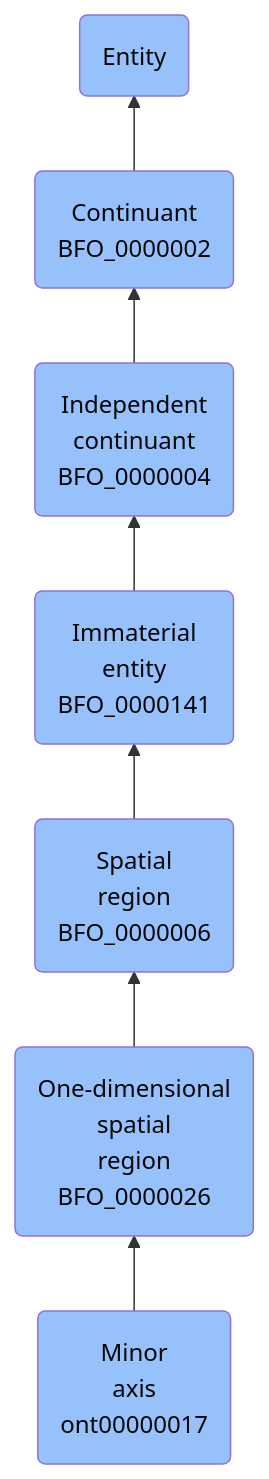
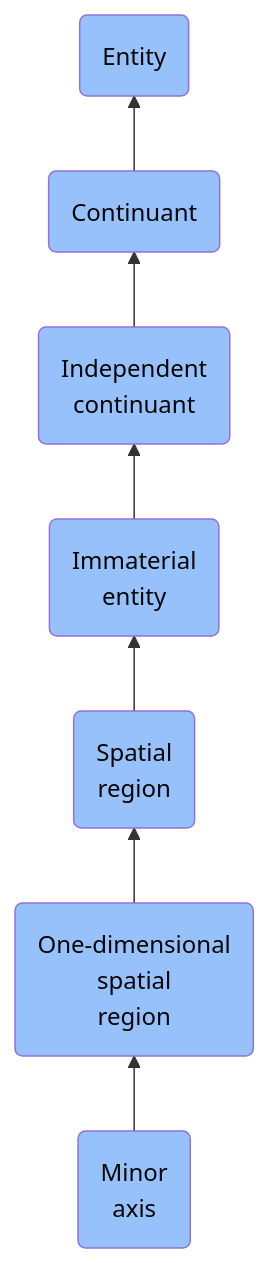
Before and after one commit to jupyter-naas/abi: the diagram in docs/ontology/reference/model/Entity/Continuant/Independent continuant/Immaterial entity/Spatial region/One-dimensional spatial region/Minor axis/Minor axis.md, drawn with Mermaid. The commit also changed other lines of this file and 1430 other files, not shown here.

````diff
--- a/docs/ontology/reference/model/Entity/Continuant/Independent continuant/Immaterial entity/Spatial region/One-dimensional spatial region/Minor axis/Minor axis.md
+++ b/docs/ontology/reference/model/Entity/Continuant/Independent continuant/Immaterial entity/Spatial region/One-dimensional spatial region/Minor axis/Minor axis.md
@@ -24,14 +24,14 @@
 ```mermaid
 graph BT
-    ont00000017(Minor<br>axis<br>ont00000017):::BFO-->BFO_0000026
-    BFO_0000026(One-dimensional<br>spatial<br>region<br>BFO_0000026):::BFO-->BFO_0000006
-    BFO_0000006(Spatial<br>region<br>BFO_0000006):::BFO-->BFO_0000141
-    BFO_0000141(Immaterial<br>entity<br>BFO_0000141):::BFO-->BFO_0000004
-    BFO_0000004(Independent<br>continuant<br>BFO_0000004):::BFO-->BFO_0000002
-    BFO_0000002(Continuant<br>BFO_0000002):::BFO-->BFO_0000001
+    ont00000017(Minor<br>axis):::BFO-->BFO_0000026
+    BFO_0000026(One-dimensional<br>spatial<br>region):::BFO-->BFO_0000006
+    BFO_0000006(Spatial<br>region):::BFO-->BFO_0000141
+    BFO_0000141(Immaterial<br>entity):::BFO-->BFO_0000004
+    BFO_0000004(Independent<br>continuant):::BFO-->BFO_0000002
+    BFO_0000002(Continuant):::BFO-->BFO_0000001
     BFO_0000001(Entity):::BFO
     
     classDef BFO fill:#97c1fb,color:#060606
     classDef CCO fill:#e4c51e,color:#060606
     classDef ABI fill:#48DD82,color:#060606
 ```
````
